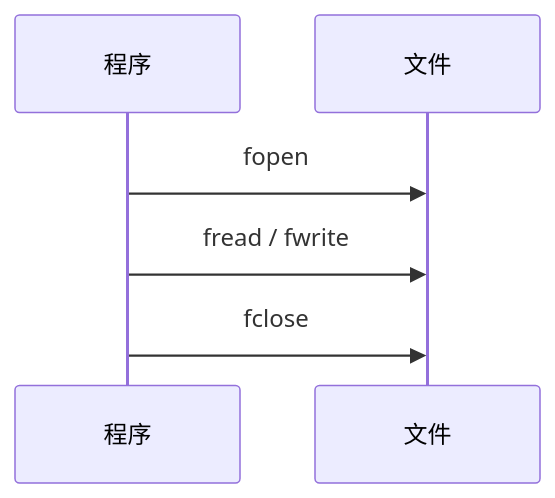
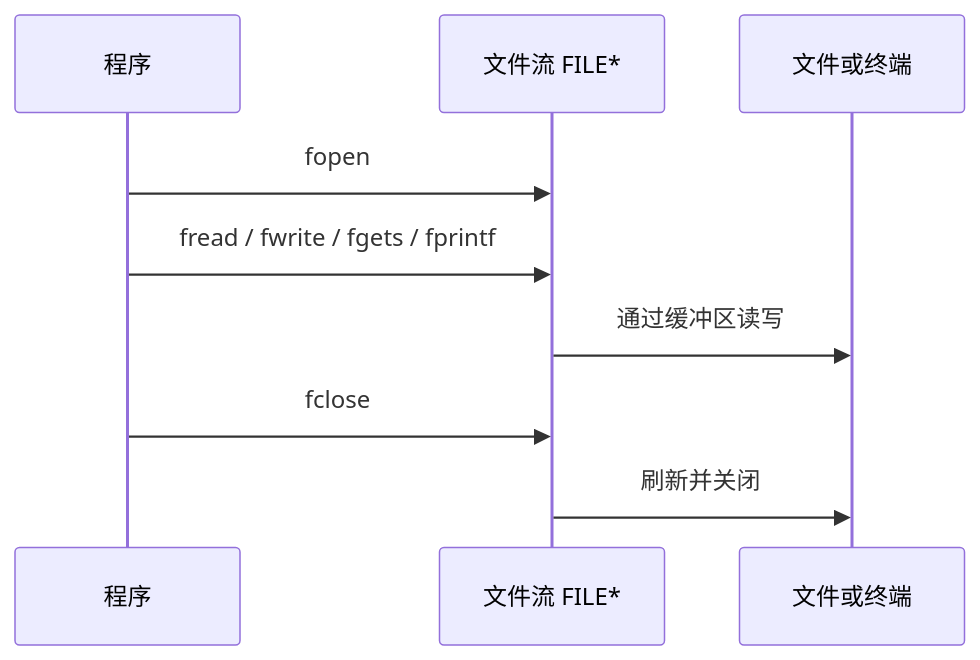
The second of 4 diagrams in C语言圣经/structs.md (shanchuann/TheGitbookLibrary), drawn with Mermaid before and after one commit. The commit also changed other lines of this file, not shown here.

````diff
--- a/C语言圣经/structs.md
+++ b/C语言圣经/structs.md
@@ -38,8 +284,11 @@
-```mermaid
+~~~mermaid
 sequenceDiagram
     participant P as 程序
-    participant F as 文件
-    P->>F: fopen
-    P->>F: fread / fwrite
-    P->>F: fclose
-```
+    participant S as 文件流 FILE*
+    participant F as 文件或终端
+    P->>S: fopen
+    P->>S: fread / fwrite / fgets / fprintf
+    S->>F: 通过缓冲区读写
+    P->>S: fclose
+    S->>F: 刷新并关闭
+~~~
````
